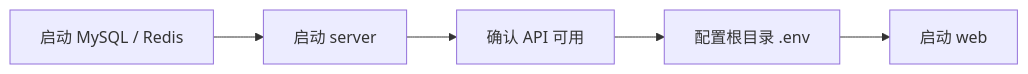
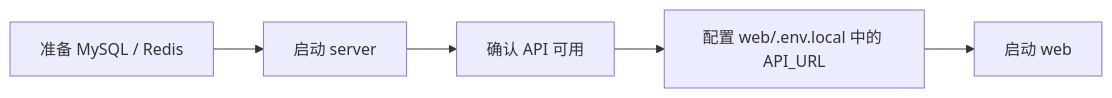
Before and after one commit to fe-spark/EcoHub: the third of 4 diagrams in README.md, drawn with Mermaid. The commit also changed other lines of this file and 108 other files, not shown here.

````diff
--- a/README.md
+++ b/README.md
@@ -166,7 +198,7 @@
 ```mermaid
 flowchart LR
-    A["启动 MySQL / Redis"] --> B["启动 server"]
+    A["准备 MySQL / Redis"] --> B["启动 server"]
     B --> C["确认 API 可用"]
-    C --> D["配置根目录 .env"]
+    C --> D["配置 web/.env.local 中的 API_URL"]
     D --> E["启动 web"]
 ```
````
